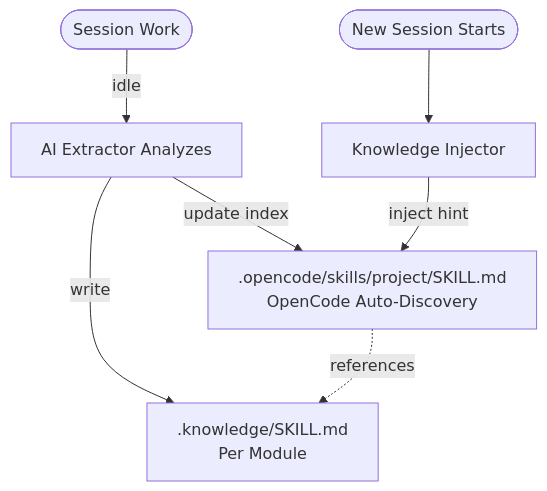
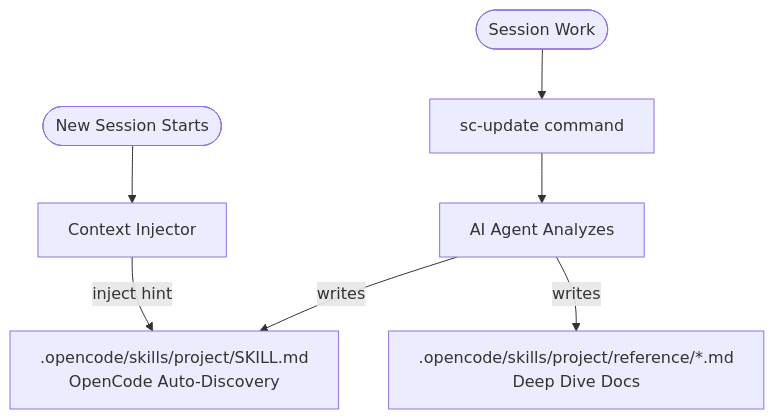
One commit to cxOrz/smart-codebase changed the diagram in README.md. Above: the diagram before and after it, drawn with Mermaid. The commit also changed other lines of this file and 2 other files, not shown here.

Commit message:
docs: update README and AGENTS.md for skill-centric architecture

````diff
--- a/README.md
+++ b/README.md
@@ -23,17 +23,18 @@
 ```mermaid
 graph TB
     Start([Session Work])
-    Extractor[AI Extractor Analyzes]
-    SkillFile[.knowledge/SKILL.md<br/>Per Module]
-    ProjectSkill[.opencode/skills/project/SKILL.md<br/>OpenCode Auto-Discovery]
+    Update[sc-update command]
+    Agent[AI Agent Analyzes]
+    SkillFile[.opencode/skills/project/SKILL.md<br/>OpenCode Auto-Discovery]
+    RefFiles[.opencode/skills/project/reference/*.md<br/>Deep Dive Docs]
     NewSession([New Session Starts])
-    Injector[Knowledge Injector]
+    Injector[Context Injector]
     
-    Start -->|idle| Extractor
-    Extractor -->|write| SkillFile
-    Extractor -->|update index| ProjectSkill
+    Start --> Update
+    Update --> Agent
+    Agent -->|writes| SkillFile
+    Agent -->|writes| RefFiles
     
     NewSession --> Injector
-    Injector -->|inject hint| ProjectSkill
-    ProjectSkill -.->|references| SkillFile
+    Injector -->|inject hint| SkillFile
 ```
````
